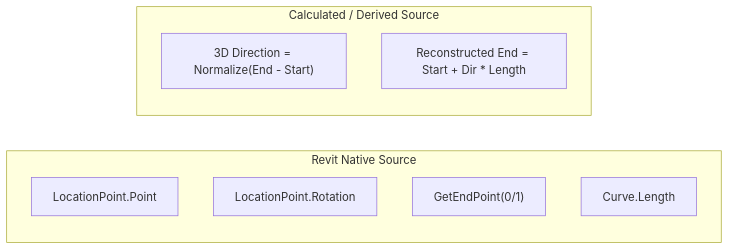
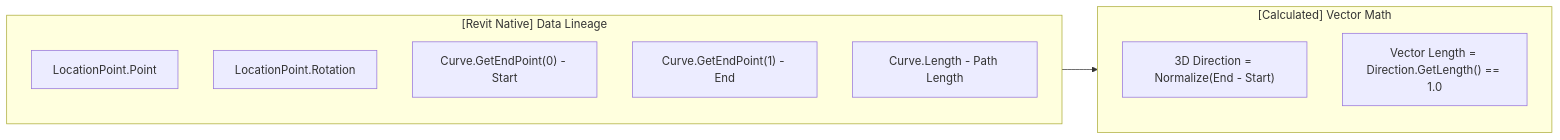
The seventh of 21 diagrams in RevitApiSamples/Samples/TransformModule/TransformModule.md (Mustafa-TOMMY/CommandSamplesRevitApiVer2025), drawn with Mermaid before and after one commit. The commit also changed other lines of this file, not shown here.

Commit message:
Update mermaid file

````diff
--- a/RevitApiSamples/Samples/TransformModule/TransformModule.md
+++ b/RevitApiSamples/Samples/TransformModule/TransformModule.md
@@ -268,13 +339,17 @@
 ```mermaid
 flowchart LR
-    subgraph Native["Revit Native Source"]
+    subgraph Native["[Revit Native] Data Lineage"]
         N1["LocationPoint.Point"]
         N2["LocationPoint.Rotation"]
-        N3["GetEndPoint(0/1)"]
-        N4["Curve.Length"]
+        N3["Curve.GetEndPoint(0) - Start"]
+        N4["Curve.GetEndPoint(1) - End"]
+        N5["Curve.Length - Path Length"]
     end
-    subgraph Calculated["Calculated / Derived Source"]
-        C1["3D Direction = Normalize(End - Start)"]
-        C2["Reconstructed End = Start + Dir * Length"]
+
+    subgraph Derived["[Calculated] Vector Math"]
+        D1["3D Direction = Normalize(End - Start)"]
+        D2["Vector Length = Direction.GetLength() == 1.0"]
     end
+
+    Native --> Derived
 ```
````
